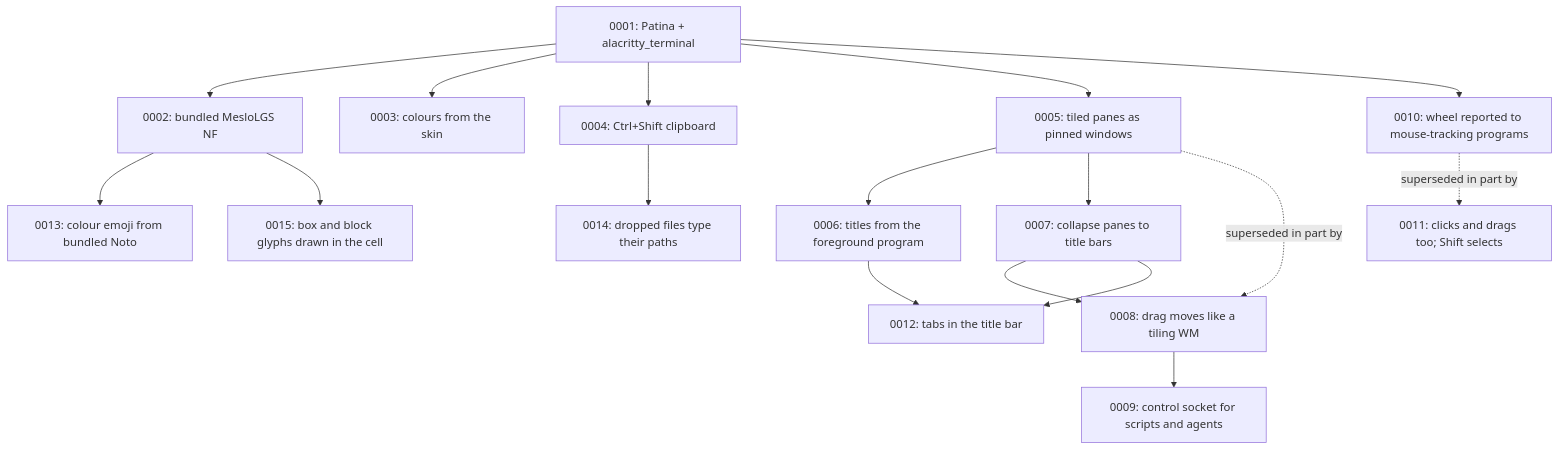
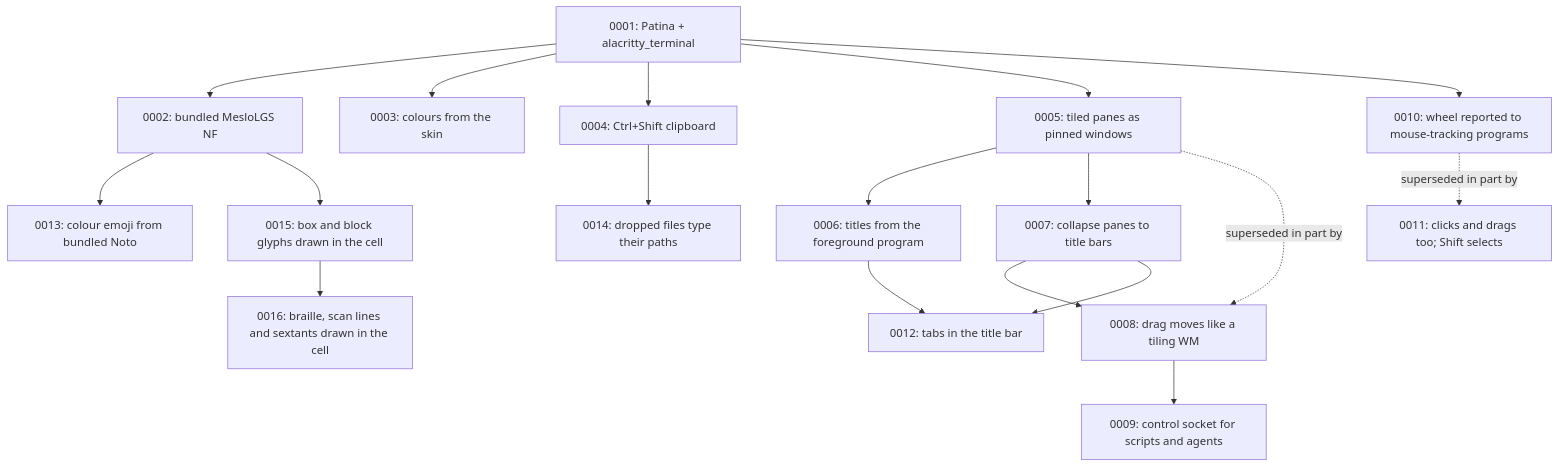
The diagram in docs/adr/README.md (Sector-F-Labs/teleprinter), drawn with Mermaid before and after one commit. The commit also changed other lines of this file, not shown here.

Commit message:
Index ADR-0016

````diff
--- a/docs/adr/README.md
+++ b/docs/adr/README.md
@@ -63,19 +64,20 @@
 ```mermaid
 flowchart TD
     A[0001: Patina + alacritty_terminal] --> B[0002: bundled MesloLGS NF]
     A --> C[0003: colours from the skin]
     A --> D[0004: Ctrl+Shift clipboard]
     A --> E[0005: tiled panes as pinned windows]
     E --> F[0006: titles from the foreground program]
     E --> G[0007: collapse panes to title bars]
     E -.superseded in part by.-> H[0008: drag moves like a tiling WM]
     G --> H
     H --> I[0009: control socket for scripts and agents]
     A --> J[0010: wheel reported to mouse-tracking programs]
     J -.superseded in part by.-> K[0011: clicks and drags too; Shift selects]
     F --> L[0012: tabs in the title bar]
     G --> L
     B --> M[0013: colour emoji from bundled Noto]
     D --> N[0014: dropped files type their paths]
     B --> O[0015: box and block glyphs drawn in the cell]
+    O --> P[0016: braille, scan lines and sextants drawn in the cell]
 ```
````
